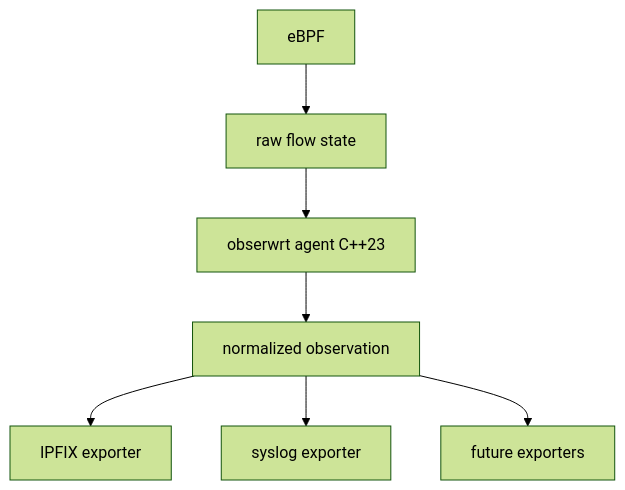
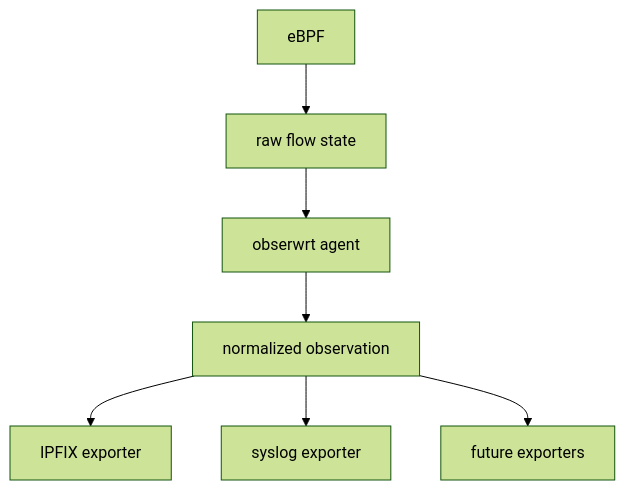
The first of 6 diagrams in docs/design.md (vooon/obserwrt), drawn with Mermaid (forest theme) before and after one commit. The commit also changed other lines of this file, not shown here.

Commit message:
docs(design): drop C++/C++23 qualifier, keep 'obserwrt agent' in flow diagrams

````diff
--- a/docs/design.md
+++ b/docs/design.md
@@ -46,9 +46,9 @@
 ```mermaid
 flowchart TD
     EBPF[eBPF] --> RAW[raw flow state]
-    RAW --> AGT[obserwrt agent C++23]
+    RAW --> AGT[obserwrt agent]
     AGT --> OBS[normalized observation]
     OBS --> IPFIX[IPFIX exporter]
     OBS --> SLOG[syslog exporter]
     OBS --> FUT[future exporters]
 ```
````
